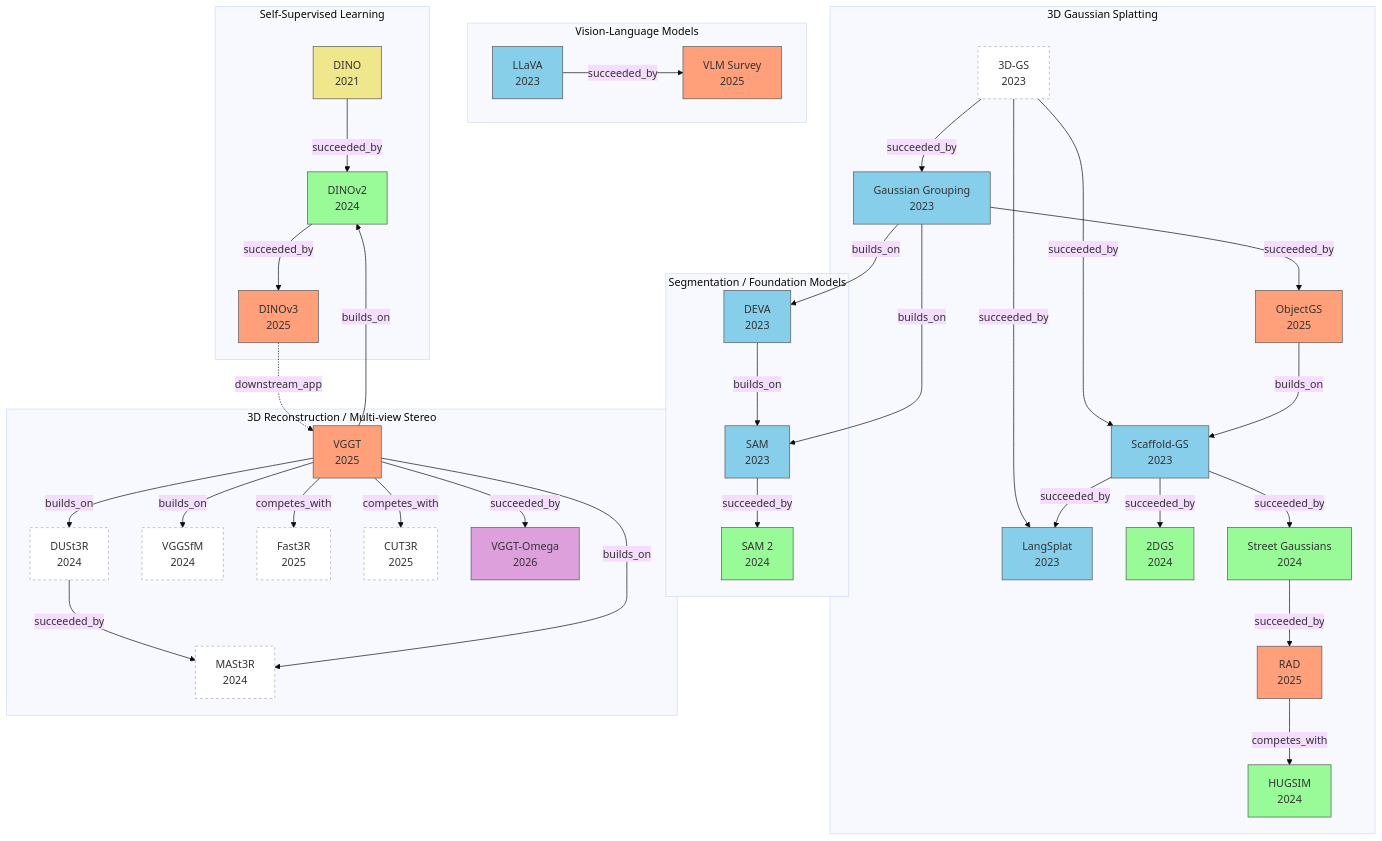
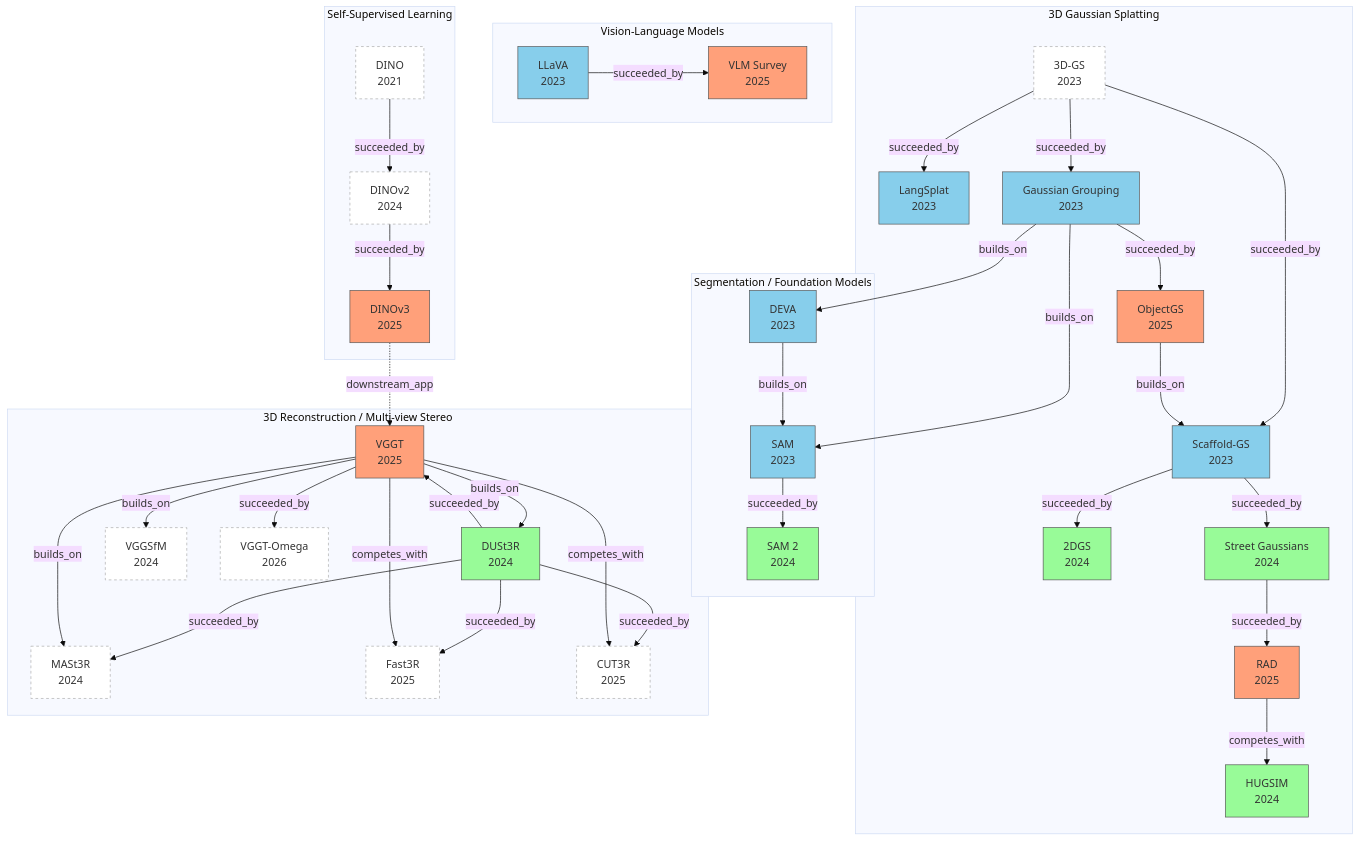
One commit to pomelyu/paper-reading-notes changed the diagram in KNOWLEDGE_GRAPH.md. Above: the diagram before and after it, drawn with Mermaid (base theme). The commit also changed other lines of this file and 6 other files, not shown here.

````diff
--- a/KNOWLEDGE_GRAPH.md
+++ b/KNOWLEDGE_GRAPH.md
@@ -9,80 +9,81 @@
 ```mermaid
 graph TD
     classDef y2021 fill:#f0e68c,stroke:#555
     classDef y2022 fill:#f9d71c,stroke:#555
     classDef y2023 fill:#87ceeb,stroke:#555
     classDef y2024 fill:#98fb98,stroke:#555
     classDef y2025 fill:#ffa07a,stroke:#555
     classDef y2026 fill:#dda0dd,stroke:#555
     classDef noNote fill:#fff,stroke:#aaa,stroke-dasharray:4 4
 
     subgraph Seg["Segmentation / Foundation Models"]
         SAM["SAM\n2023"]:::y2023
         DEVA["DEVA\n2023"]:::y2023
         SAM2["SAM 2\n2024"]:::y2024
     end
 
     subgraph GS["3D Gaussian Splatting"]
         GS3D["3D-GS\n2023"]:::noNote
         SGS["Scaffold-GS\n2023"]:::y2023
         LS["LangSplat\n2023"]:::y2023
         GG["Gaussian Grouping\n2023"]:::y2023
         GS2D["2DGS\n2024"]:::y2024
         StrGS["Street Gaussians\n2024"]:::y2024
         HUG["HUGSIM\n2024"]:::y2024
         ObjGS["ObjectGS\n2025"]:::y2025
         RAD["RAD\n2025"]:::y2025
     end
 
     subgraph VLM["Vision-Language Models"]
         LLaVA["LLaVA\n2023"]:::y2023
         VLMSurv["VLM Survey\n2025"]:::y2025
     end
 
     subgraph SSL["Self-Supervised Learning"]
-        DINO["DINO\n2021"]:::y2021
-        DINOv2["DINOv2\n2024"]:::y2024
+        DINO["DINO\n2021"]:::noNote
+        DINOv2["DINOv2\n2024"]:::noNote
         DINOv3["DINOv3\n2025"]:::y2025
     end
 
     subgraph Recon["3D Reconstruction / Multi-view Stereo"]
-        DUSt3R["DUSt3R\n2024"]:::noNote
+        DUSt3R["DUSt3R\n2024"]:::y2024
         MASt3R["MASt3R\n2024"]:::noNote
         VGGSfM["VGGSfM\n2024"]:::noNote
         Fast3R["Fast3R\n2025"]:::noNote
         CUT3R["CUT3R\n2025"]:::noNote
         VGGT["VGGT\n2025"]:::y2025
-        VGGTOmega["VGGT-Omega\n2026"]:::y2026
+        VGGTOmega["VGGT-Omega\n2026"]:::noNote
     end
 
     SAM -->|succeeded_by| SAM2
     DEVA -->|builds_on| SAM
     GG -->|builds_on| DEVA
     GG -->|builds_on| SAM
     GG -->|succeeded_by| ObjGS
 
     GS3D -->|succeeded_by| SGS
     GS3D -->|succeeded_by| LS
     GS3D -->|succeeded_by| GG
     SGS -->|succeeded_by| GS2D
     SGS -->|succeeded_by| StrGS
-    SGS -->|succeeded_by| LS
     ObjGS -->|builds_on| SGS
     StrGS -->|succeeded_by| RAD
     RAD -->|competes_with| HUG
 
     DINO -->|succeeded_by| DINOv2
     DINOv2 -->|succeeded_by| DINOv3
     DINOv3 -.->|downstream_app| VGGT
 
     DUSt3R -->|succeeded_by| MASt3R
+    DUSt3R -->|succeeded_by| VGGT
+    DUSt3R -->|succeeded_by| Fast3R
+    DUSt3R -->|succeeded_by| CUT3R
     VGGT -->|builds_on| DUSt3R
     VGGT -->|builds_on| MASt3R
     VGGT -->|builds_on| VGGSfM
-    VGGT -->|builds_on| DINOv2
     VGGT -->|competes_with| Fast3R
     VGGT -->|competes_with| CUT3R
     VGGT -->|succeeded_by| VGGTOmega
 
     LLaVA -->|succeeded_by| VLMSurv
 ```
````
